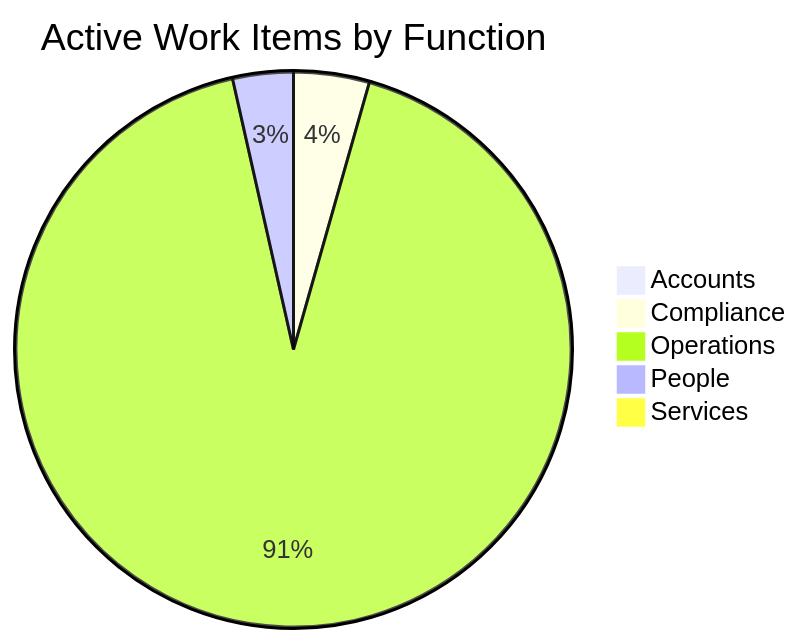
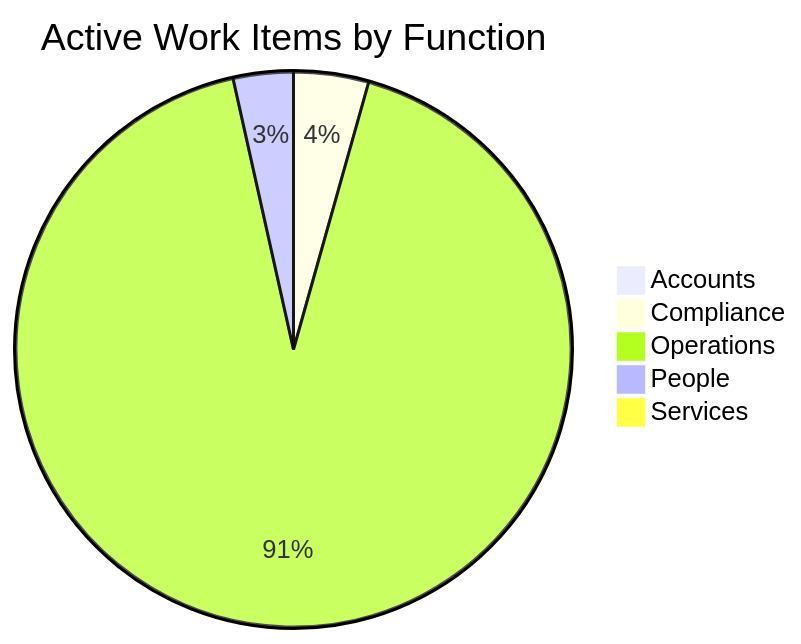
Before and after one commit to mgosal/5et.uk: the first of 3 diagrams in dashboard.md, drawn with Mermaid. The commit also changed other lines of this file and 6 other files, not shown here.

````diff
--- a/dashboard.md
+++ b/dashboard.md
@@ -229,8 +471,8 @@
 ```mermaid
 pie title Active Work Items by Function
     "Accounts" : 2
     "Compliance" : 10
-    "Operations" : 209
+    "Operations" : 211
     "People" : 8
     "Services" : 1
 ```
````
